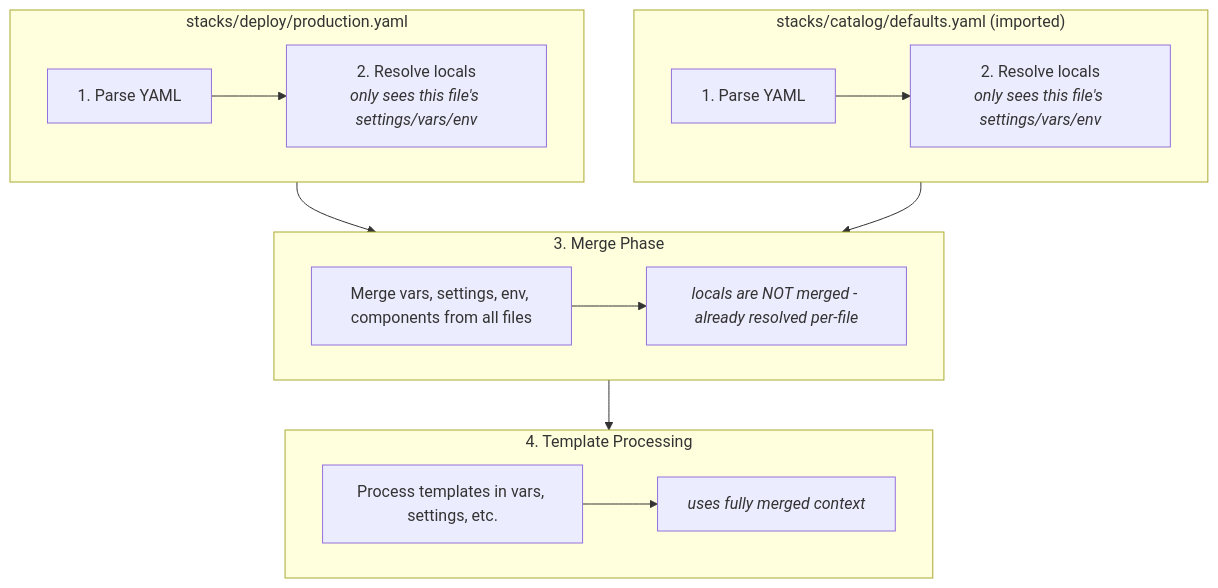
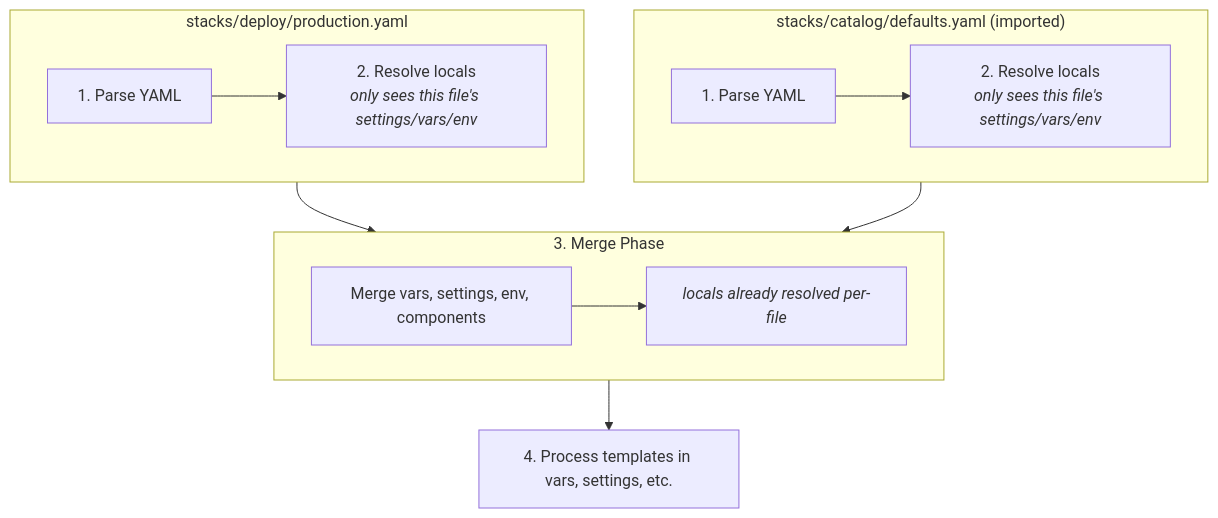
One commit to cloudposse/atmos changed the diagram in website/docs/stacks/locals.mdx. Above: the diagram before and after it, drawn with Mermaid. The commit also changed other lines of this file and 1 other file, not shown here.

First line of the commit message:
docs: Condense locals documentation by 60% for clarity

````diff
--- a/website/docs/stacks/locals.mdx
+++ b/website/docs/stacks/locals.mdx
@@ -202,30 +102,24 @@
 ```mermaid
 flowchart TB
     subgraph file1["stacks/deploy/production.yaml"]
         A1[1. Parse YAML]
         A2[2. Resolve locals<br/><i>only sees this file's settings/vars/env</i>]
         A1 --> A2
     end
 
     subgraph file2["stacks/catalog/defaults.yaml (imported)"]
         B1[1. Parse YAML]
         B2[2. Resolve locals<br/><i>only sees this file's settings/vars/env</i>]
         B1 --> B2
     end
 
     subgraph merge["3. Merge Phase"]
-        C1[Merge vars, settings, env, components from all files]
-        C2[<i>locals are NOT merged - already resolved per-file</i>]
+        C1[Merge vars, settings, env, components]
+        C2[<i>locals already resolved per-file</i>]
         C1 --> C2
-    end
-
-    subgraph templates["4. Template Processing"]
-        D1[Process templates in vars, settings, etc.]
-        D2[<i>uses fully merged context</i>]
-        D1 --> D2
     end
 
     file1 --> merge
     file2 --> merge
-    merge --> templates
+    merge --> D1[4. Process templates in vars, settings, etc.]
 ```
````
